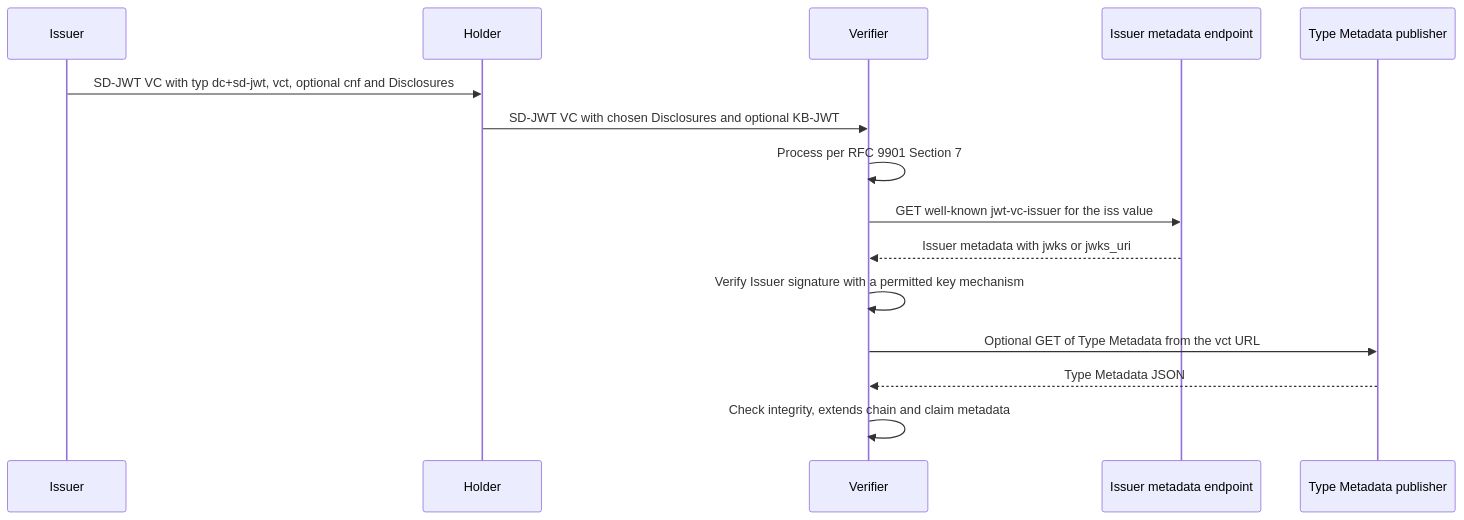
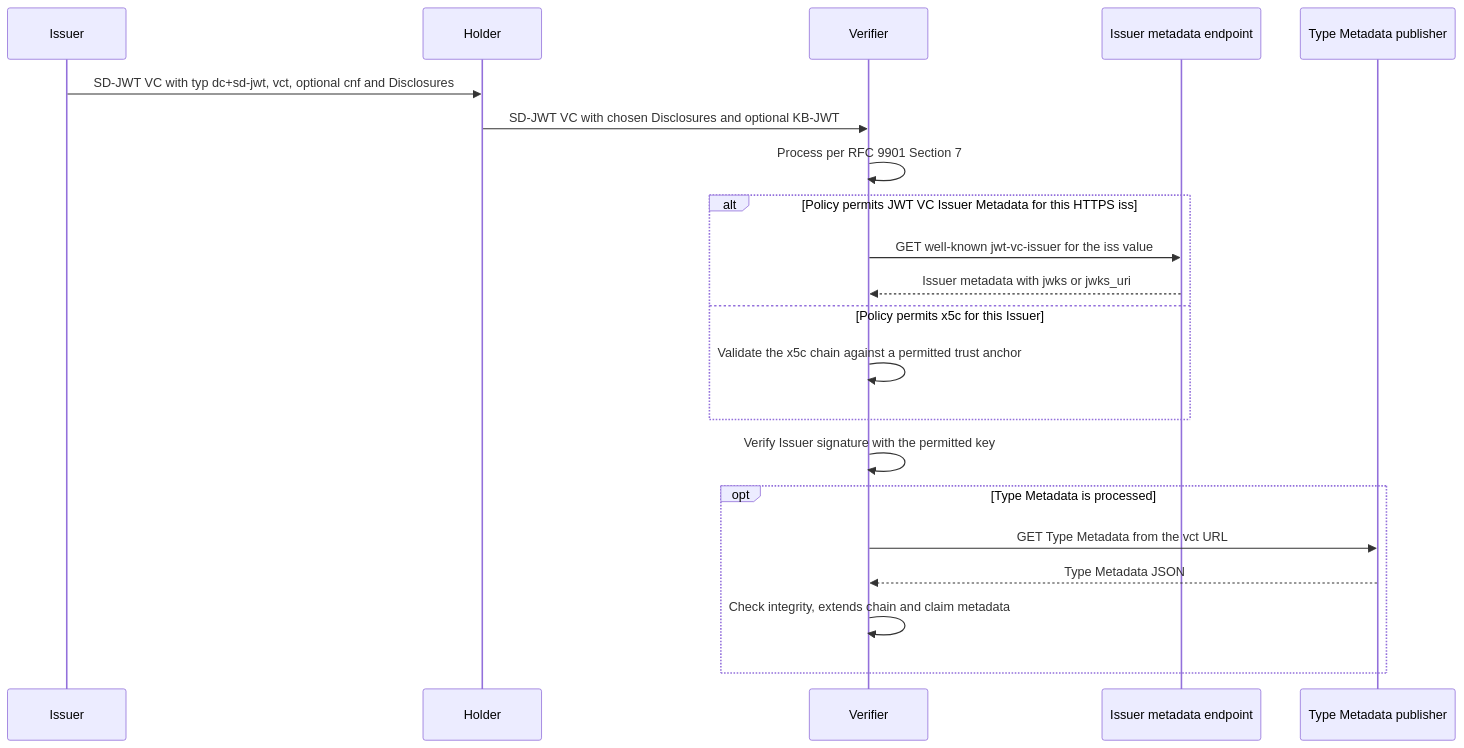
Before and after one commit to 0-draft/identity-deep-dive: the diagram in tracks/oauth-wg/deep-dives/draft-ietf-oauth-sd-jwt-vc/README.ja.md, drawn with Mermaid. The commit also changed other lines of this file and 3 other files, not shown here.

First line of the commit message:
docs(oauth-wg): match sd-jwt-vc requirement strength and diagram to -23

````diff
--- a/tracks/oauth-wg/deep-dives/draft-ietf-oauth-sd-jwt-vc/README.ja.md
+++ b/tracks/oauth-wg/deep-dives/draft-ietf-oauth-sd-jwt-vc/README.ja.md
@@ -11,17 +11,23 @@
 ```mermaid
 sequenceDiagram
     participant I as Issuer
     participant H as Holder
     participant V as Verifier
     participant M as Issuer metadata endpoint
     participant T as Type Metadata publisher
     I->>H: SD-JWT VC with typ dc+sd-jwt, vct, optional cnf and Disclosures
     H->>V: SD-JWT VC with chosen Disclosures and optional KB-JWT
     V->>V: Process per RFC 9901 Section 7
-    V->>M: GET well-known jwt-vc-issuer for the iss value
-    M-->>V: Issuer metadata with jwks or jwks_uri
-    V->>V: Verify Issuer signature with a permitted key mechanism
-    V->>T: Optional GET of Type Metadata from the vct URL
-    T-->>V: Type Metadata JSON
-    V->>V: Check integrity, extends chain and claim metadata
+    alt Policy permits JWT VC Issuer Metadata for this HTTPS iss
+        V->>M: GET well-known jwt-vc-issuer for the iss value
+        M-->>V: Issuer metadata with jwks or jwks_uri
+    else Policy permits x5c for this Issuer
+        V->>V: Validate the x5c chain against a permitted trust anchor
+    end
+    V->>V: Verify Issuer signature with the permitted key
+    opt Type Metadata is processed
+        V->>T: GET Type Metadata from the vct URL
+        T-->>V: Type Metadata JSON
+        V->>V: Check integrity, extends chain and claim metadata
+    end
 ```
````
